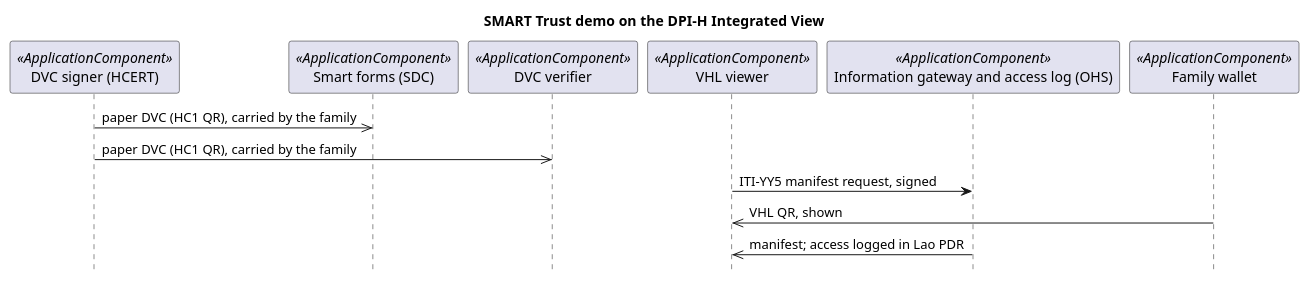
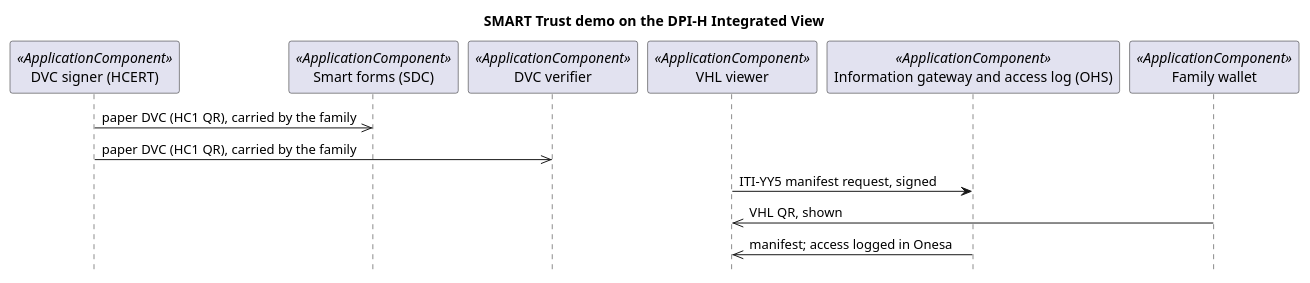
The seventh of 11 diagrams in archimate/0.1.0/sequences.puml (litlfred/smart-trust-demo), drawn with PlantUML before and after one commit. The commit also changed other lines of this file and 13410 other files, not shown here.

```diff
--- a/archimate/0.1.0/sequences.puml
+++ b/archimate/0.1.0/sequences.puml
@@ -117,16 +117,16 @@
 @startuml
 ' SMART Trust demo on the DPI-H Integrated View (id-249a1002c32e50199e27a502ef0ec3d8): sequence diagram, derived by archimate-diagrams. Do not edit.
 title SMART Trust demo on the DPI-H Integrated View
 hide footbox
-participant "DVC signer (HCERT)" as id_b8885086e3c95a88ba3a7972fcde0f2d <<ApplicationComponent>>
-participant "Smart forms (SDC)" as id_9cf65fade07d53ffbb3e88d415819366 <<ApplicationComponent>>
-participant "DVC verifier" as id_361ff71137da5ab1b0ae73394a4c0d6e <<ApplicationComponent>>
-participant "VHL viewer" as id_ffb73de262f057bd97c3d94d388f3d56 <<ApplicationComponent>>
-participant "Information gateway and access log (OHS)" as id_d87eae4466985575a8b9f78882f86565 <<ApplicationComponent>>
-participant "Family wallet" as id_278ea491eabd5bed9ca42fa314190228 <<ApplicationComponent>>
-id_b8885086e3c95a88ba3a7972fcde0f2d ->> id_9cf65fade07d53ffbb3e88d415819366 : paper DVC (HC1 QR), carried by the family
-id_b8885086e3c95a88ba3a7972fcde0f2d ->> id_361ff71137da5ab1b0ae73394a4c0d6e : paper DVC (HC1 QR), carried by the family
-id_ffb73de262f057bd97c3d94d388f3d56 -> id_d87eae4466985575a8b9f78882f86565 : ITI-YY5 manifest request, signed
-id_278ea491eabd5bed9ca42fa314190228 ->> id_ffb73de262f057bd97c3d94d388f3d56 : VHL QR, shown
-id_d87eae4466985575a8b9f78882f86565 ->> id_ffb73de262f057bd97c3d94d388f3d56 : manifest; access logged in Lao PDR
+participant "DVC signer (HCERT)" as id_2eb22faf7fde5658996083819e4fbdce <<ApplicationComponent>>
+participant "Smart forms (SDC)" as id_9fcffcd12a495e96aaf8264367557a4e <<ApplicationComponent>>
+participant "DVC verifier" as id_706c3a3443a85e20a33cd4b89194e81b <<ApplicationComponent>>
+participant "VHL viewer" as id_cfb965d564b95e98be47acb31a85f8d0 <<ApplicationComponent>>
+participant "Information gateway and access log (OHS)" as id_d781cab174fd53058b8e6196b978dd78 <<ApplicationComponent>>
+participant "Family wallet" as id_2e534ddd97d15235919fba9538237397 <<ApplicationComponent>>
+id_2eb22faf7fde5658996083819e4fbdce ->> id_9fcffcd12a495e96aaf8264367557a4e : paper DVC (HC1 QR), carried by the family
+id_2eb22faf7fde5658996083819e4fbdce ->> id_706c3a3443a85e20a33cd4b89194e81b : paper DVC (HC1 QR), carried by the family
+id_cfb965d564b95e98be47acb31a85f8d0 -> id_d781cab174fd53058b8e6196b978dd78 : ITI-YY5 manifest request, signed
+id_2e534ddd97d15235919fba9538237397 ->> id_cfb965d564b95e98be47acb31a85f8d0 : VHL QR, shown
+id_d781cab174fd53058b8e6196b978dd78 ->> id_cfb965d564b95e98be47acb31a85f8d0 : manifest; access logged in Onesa
 @enduml
```
